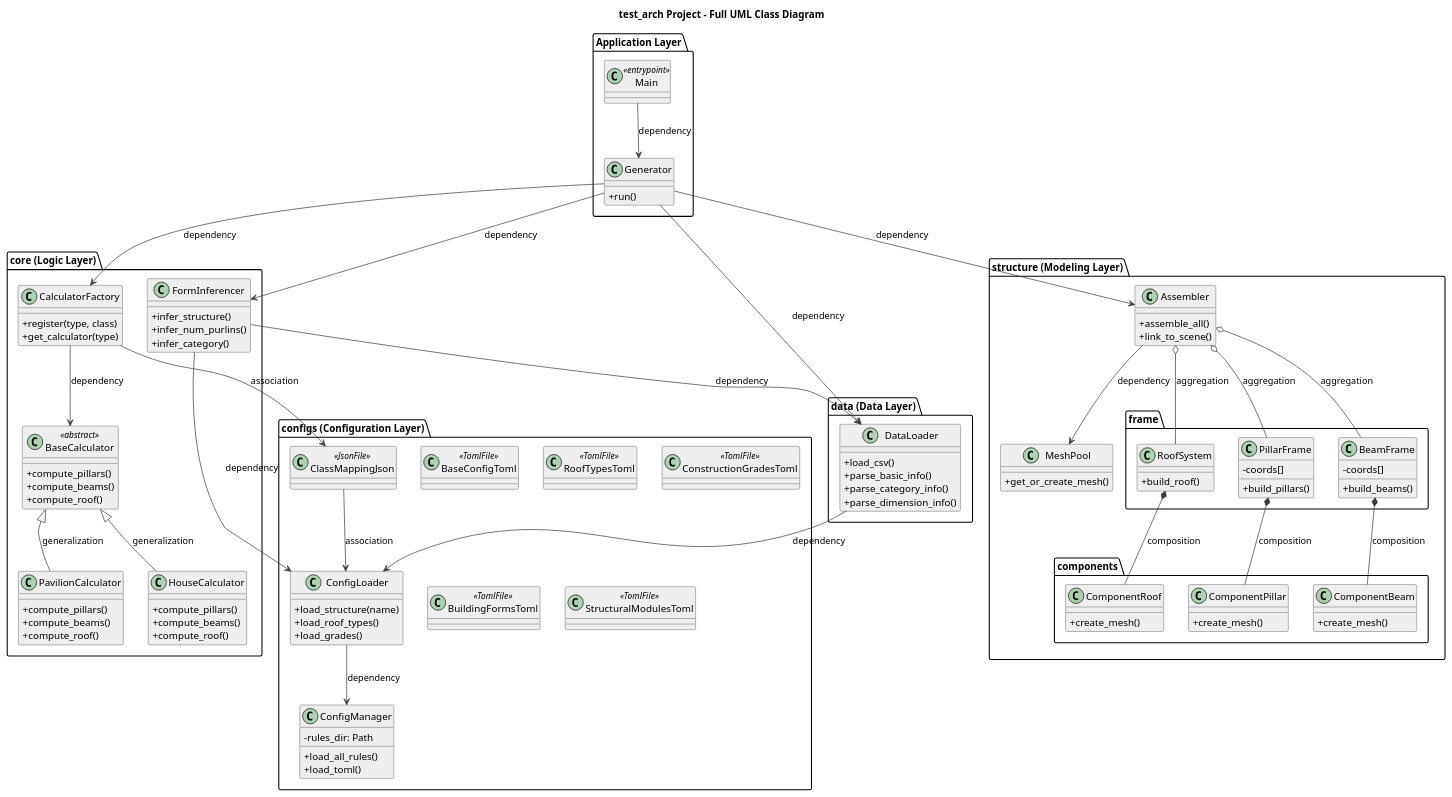
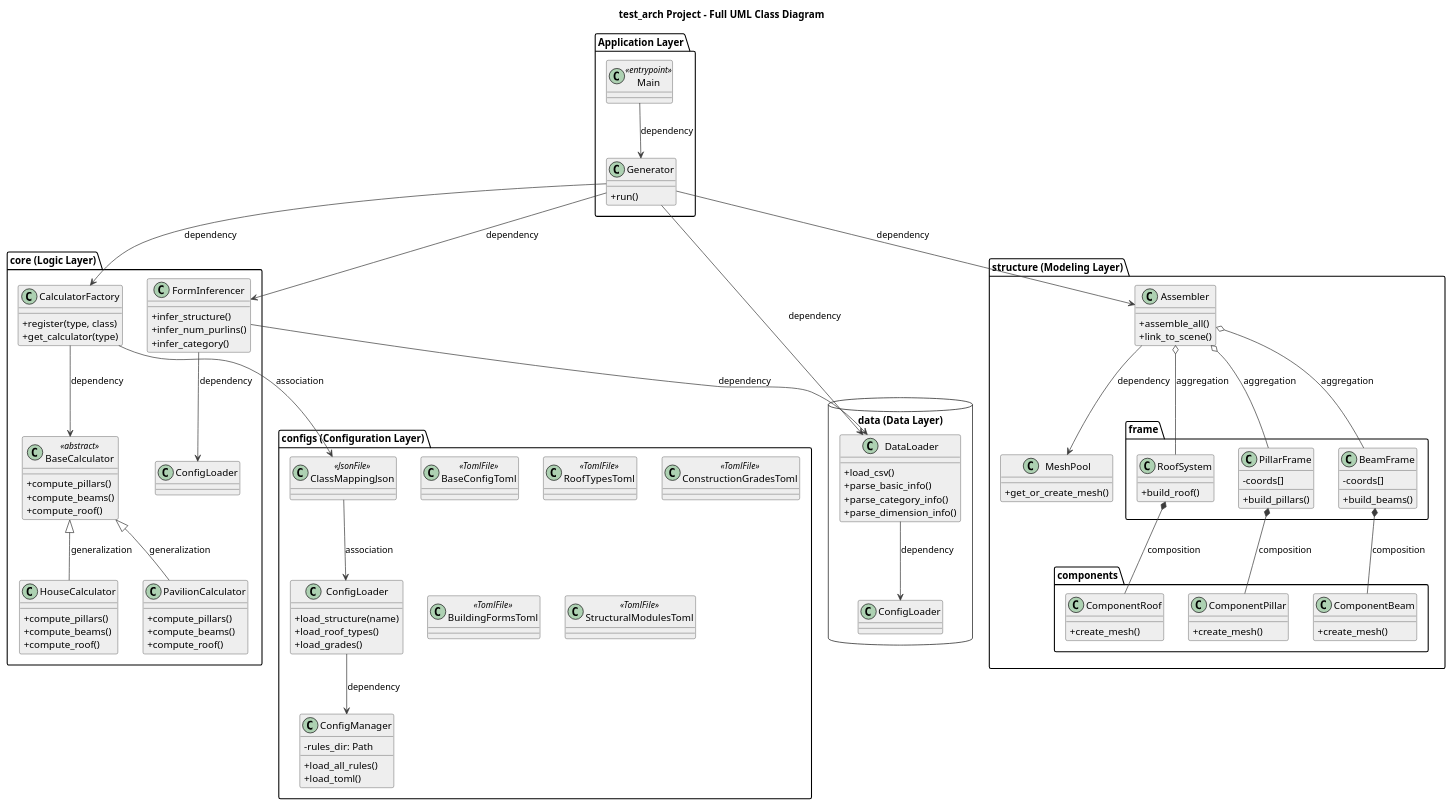
Before and after one commit to dongchun97/test_arch: the diagram in docs/structure-1.puml, drawn with PlantUML. The commit also changed 30 other files, not shown here.

```diff
--- a/docs/structure-1.puml
+++ b/docs/structure-1.puml
@@ -1,186 +1,185 @@
 @startuml
 title test_arch Project - Full UML Class Diagram
 
 skinparam classAttributeIconSize 0
 skinparam ArrowColor #3C3C3C
 skinparam ClassBorderColor #333
 skinparam ClassBackgroundColor #EEE
 skinparam RectangleBackgroundColor #F8F8F8
 skinparam Shadowing false
 
+
+' ==========================
+' DATA LAYER
+' ==========================
+
+package "data (Data Layer)"<<Database>> {
+
+class DataLoader {
+    + load_csv()
+    + parse_basic_info()
+    + parse_category_info()
+    + parse_dimension_info()
+}
+DataLoader --> ConfigLoader : dependency
+}
 
 ' ==========================
 ' CONFIG LAYER
 ' ==========================
 
 package "configs (Configuration Layer)" {
 
 class ConfigManager {
     - rules_dir: Path
     + load_all_rules()
     + load_toml()
 }
 
 class ConfigLoader {
     + load_structure(name)
     + load_roof_types()
     + load_grades()
 }
 
 class BaseConfigToml <<TomlFile>>
 class RoofTypesToml <<TomlFile>>
 class ConstructionGradesToml <<TomlFile>>
 class BuildingFormsToml <<TomlFile>>
 class StructuralModulesToml <<TomlFile>>
 
 class ClassMappingJson <<JsonFile>>
 
 ConfigLoader --> ConfigManager : dependency
 ClassMappingJson --> ConfigLoader : association
-}
-
-
-' ==========================
-' DATA LAYER
-' ==========================
-
-package "data (Data Layer)" {
-
-class DataLoader {
-    + load_csv()
-    + parse_basic_info()
-    + parse_category_info()
-    + parse_dimension_info()
-}
-DataLoader --> ConfigLoader : dependency
 }
 
 
 ' ==========================
 ' CORE LAYER (LOGIC)
 ' ==========================
 
 package "core (Logic Layer)" {
 
 class FormInferencer {
     + infer_structure()
     + infer_num_purlins()
     + infer_category()
 }
 
 FormInferencer --> DataLoader : dependency
 FormInferencer --> ConfigLoader : dependency
 
 class CalculatorFactory {
     + register(type, class)
     + get_calculator(type)
 }
 
 CalculatorFactory --> ClassMappingJson : association
 
 
 ' ---- calculators ----
 
 class BaseCalculator <<abstract>> {
     + compute_pillars()
     + compute_beams()
     + compute_roof()
 }
 
 class HouseCalculator {
     + compute_pillars()
     + compute_beams()
     + compute_roof()
 }
 
 class PavilionCalculator {
     + compute_pillars()
     + compute_beams()
     + compute_roof()
 }
 
 BaseCalculator <|-- HouseCalculator : generalization
 BaseCalculator <|-- PavilionCalculator : generalization
 
 CalculatorFactory --> BaseCalculator : dependency
 }
 
 
 ' ==========================
 ' STRUCTURE LAYER (MODELING)
 ' ==========================
 
 package "structure (Modeling Layer)" {
 
 package "components" {
 class ComponentPillar {
     + create_mesh()
 }
 class ComponentBeam {
     + create_mesh()
 }
 class ComponentRoof {
     + create_mesh()
 }
 }
 
 package "frame" {
 
 class PillarFrame {
     - coords[]
     + build_pillars()
 }
 class BeamFrame {
     - coords[]
     + build_beams()
 }
 class RoofSystem {
     + build_roof()
 }
 
 ' Composition (components belong to frame)
 PillarFrame *-- ComponentPillar : composition
 BeamFrame *-- ComponentBeam : composition
 RoofSystem *-- ComponentRoof : composition
 }
 
 class Assembler {
     + assemble_all()
     + link_to_scene()
 }
 
 ' Aggregation (assembler aggregates frames)
 Assembler o-- PillarFrame : aggregation
 Assembler o-- BeamFrame : aggregation
 Assembler o-- RoofSystem : aggregation
 
 class MeshPool {
     + get_or_create_mesh()
 }
 
 Assembler --> MeshPool : dependency
 }
 
 
 ' ==========================
 ' APPLICATION LAYER
 ' ==========================
 
 package "Application Layer" {
 
 class Generator {
     + run()
 }
 
 class Main <<entrypoint>>
 
 Main --> Generator : dependency
 
 Generator --> DataLoader : dependency
 Generator --> FormInferencer : dependency
 Generator --> CalculatorFactory : dependency
 Generator --> Assembler : dependency
 }
 
 
 @enduml
```
